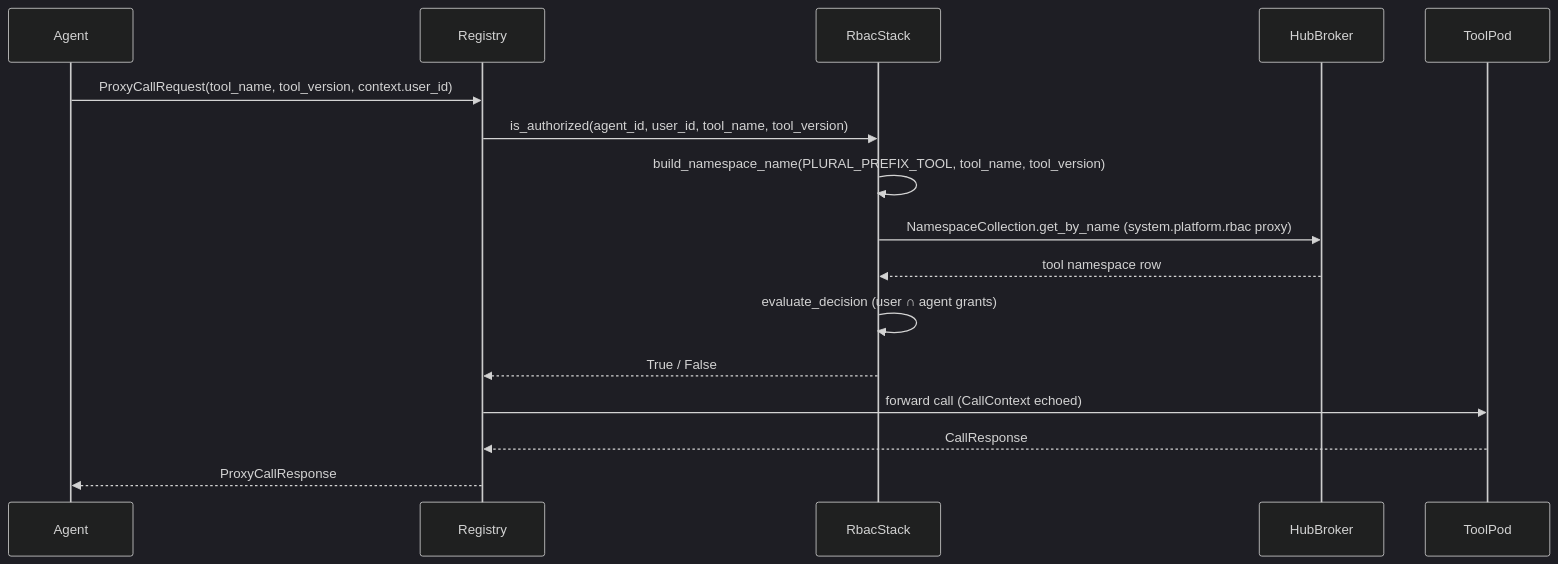
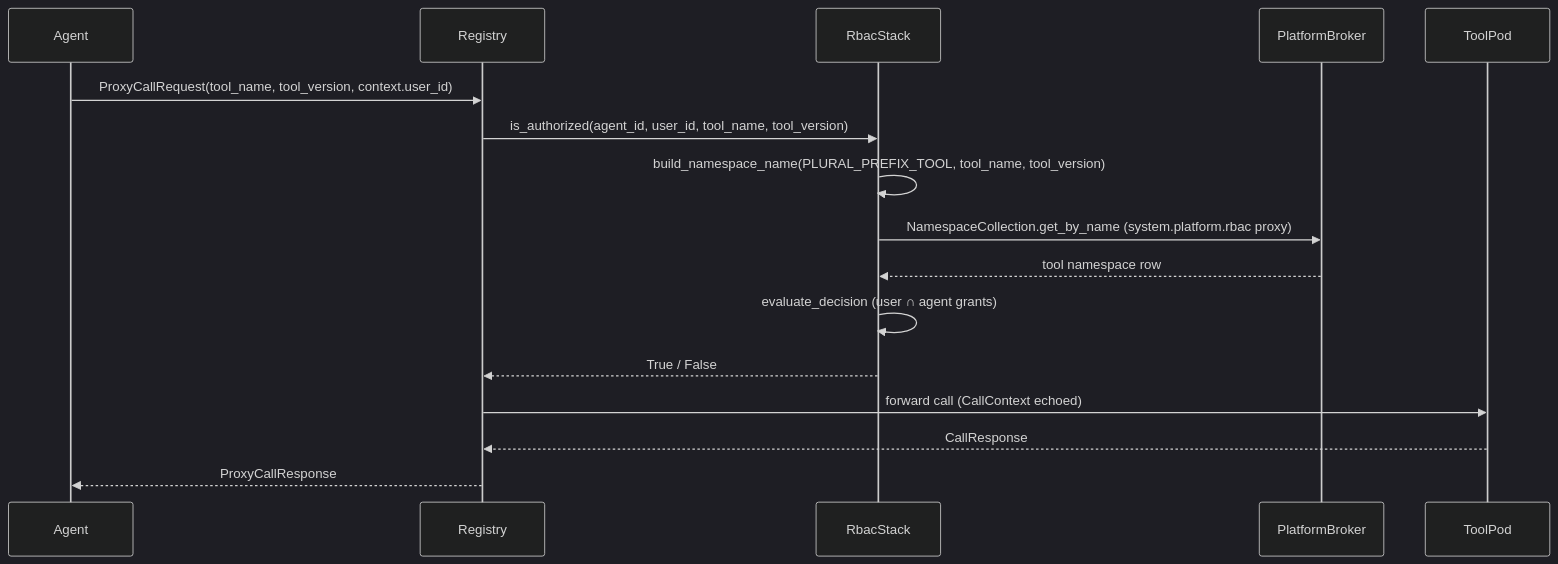
One commit to pacepace/3tears changed the diagram in packages/registry/README.md. Above: the diagram before and after it, drawn with Mermaid (dark theme). The commit also changed other lines of this file and 64 other files, not shown here.

````diff
--- a/packages/registry/README.md
+++ b/packages/registry/README.md
@@ -54,19 +54,19 @@
 ```mermaid
 sequenceDiagram
     participant Agent
     participant Registry
     participant RbacStack
-    participant HubBroker
+    participant PlatformBroker
     participant ToolPod
 
     Agent->>Registry: ProxyCallRequest(tool_name, tool_version, context.user_id)
     Registry->>RbacStack: is_authorized(agent_id, user_id, tool_name, tool_version)
     RbacStack->>RbacStack: build_namespace_name(PLURAL_PREFIX_TOOL, tool_name, tool_version)
-    RbacStack->>HubBroker: NamespaceCollection.get_by_name (system.platform.rbac proxy)
-    HubBroker-->>RbacStack: tool namespace row
+    RbacStack->>PlatformBroker: NamespaceCollection.get_by_name (system.platform.rbac proxy)
+    PlatformBroker-->>RbacStack: tool namespace row
     RbacStack->>RbacStack: evaluate_decision (user ∩ agent grants)
     RbacStack-->>Registry: True / False
     Registry->>ToolPod: forward call (CallContext echoed)
     ToolPod-->>Registry: CallResponse
     Registry-->>Agent: ProxyCallResponse
 ```
````
